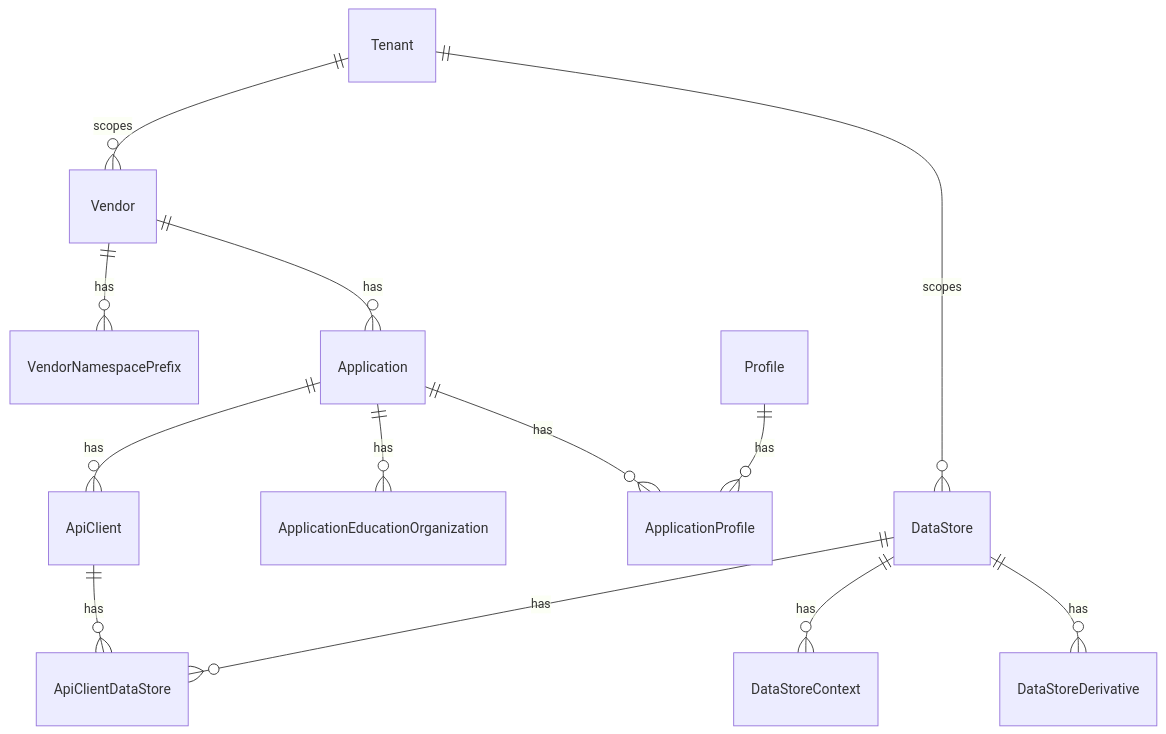
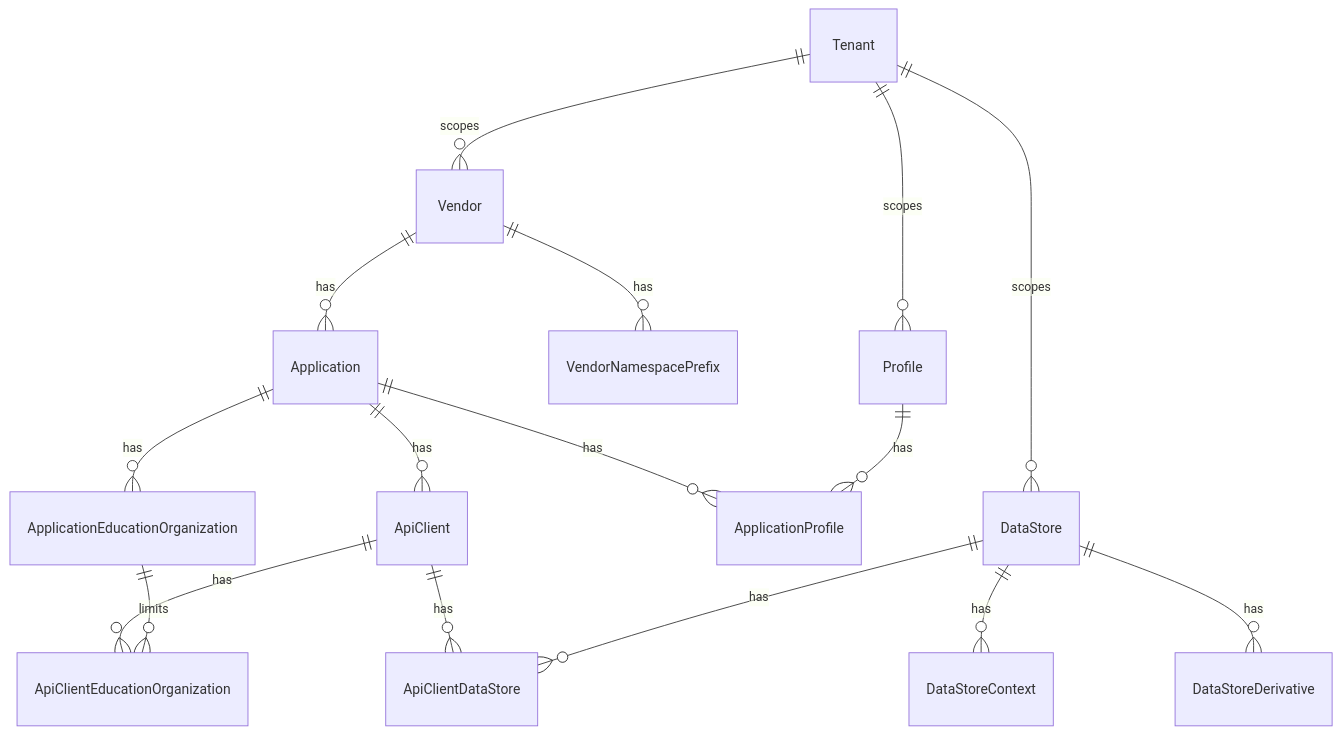
Before and after one commit to Ed-Fi-Alliance-OSS/ed-fi-alliance-oss.github.io: the first of 2 diagrams in odsApi_versioned_docs/version-8/platform-dev-guide/security/security-configuration-data-stores.md, drawn with Mermaid. The commit also changed other lines of this file and 74 other files, not shown here.

````diff
--- a/odsApi_versioned_docs/version-8/platform-dev-guide/security/security-configuration-data-stores.md
+++ b/odsApi_versioned_docs/version-8/platform-dev-guide/security/security-configuration-data-stores.md
@@ -44,15 +59,18 @@
 ```mermaid
 erDiagram
     Tenant ||--o{ Vendor : scopes
     Tenant ||--o{ DataStore : scopes
+    Tenant ||--o{ Profile : scopes
     Vendor ||--o{ VendorNamespacePrefix : has
     Vendor ||--o{ Application : has
     Application ||--o{ ApplicationEducationOrganization : has
     Application ||--o{ ApplicationProfile : has
     Application ||--o{ ApiClient : has
+    ApiClient ||--o{ ApiClientEducationOrganization : has
+    ApplicationEducationOrganization ||--o{ ApiClientEducationOrganization : limits
     ApiClient ||--o{ ApiClientDataStore : has
     DataStore ||--o{ ApiClientDataStore : has
     DataStore ||--o{ DataStoreContext : has
     DataStore ||--o{ DataStoreDerivative : has
     Profile ||--o{ ApplicationProfile : has
 ```
````
